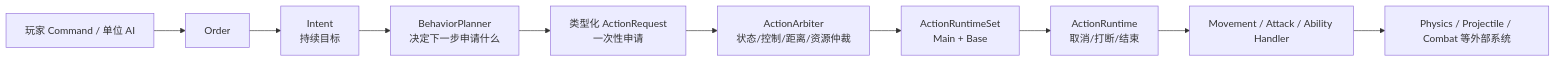
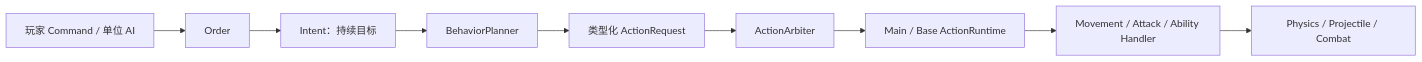
The second of 9 diagrams in README.md (Mosya-CX/FrameSyncMobaDemo), drawn with Mermaid before and after one commit. The commit also changed other lines of this file, not shown here.

````diff
--- a/README.md
+++ b/README.md
@@ -169,12 +68,11 @@
 ```mermaid
 flowchart LR
-    Source["玩家 Command / 单位 AI"] --> Order
-    Order --> Intent["Intent<br/>持续目标"]
-    Intent --> Planner["BehaviorPlanner<br/>决定下一步申请什么"]
-    Planner --> Request["类型化 ActionRequest<br/>一次性申请"]
-    Request --> Arbiter["ActionArbiter<br/>状态/控制/距离/资源仲裁"]
-    Arbiter --> RuntimeSet["ActionRuntimeSet<br/>Main + Base"]
-    RuntimeSet --> Runtime["ActionRuntime<br/>取消/打断/结束"]
-    Runtime --> Handler["Movement / Attack / Ability Handler"]
-    Handler --> External["Physics / Projectile / Combat 等外部系统"]
+    Source[玩家 Command / 单位 AI] --> Order
+    Order --> Intent[Intent：持续目标]
+    Intent --> Planner[BehaviorPlanner]
+    Planner --> Request[类型化 ActionRequest]
+    Request --> Arbiter[ActionArbiter]
+    Arbiter --> Runtime[Main / Base ActionRuntime]
+    Runtime --> Handler[Movement / Attack / Ability Handler]
+    Handler --> Systems[Physics / Projectile / Combat]
 ```
````
